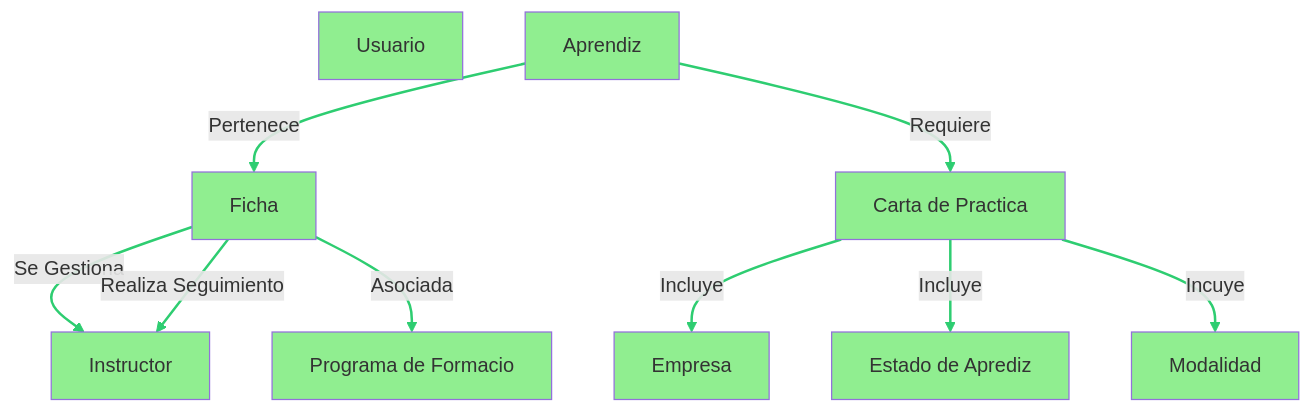
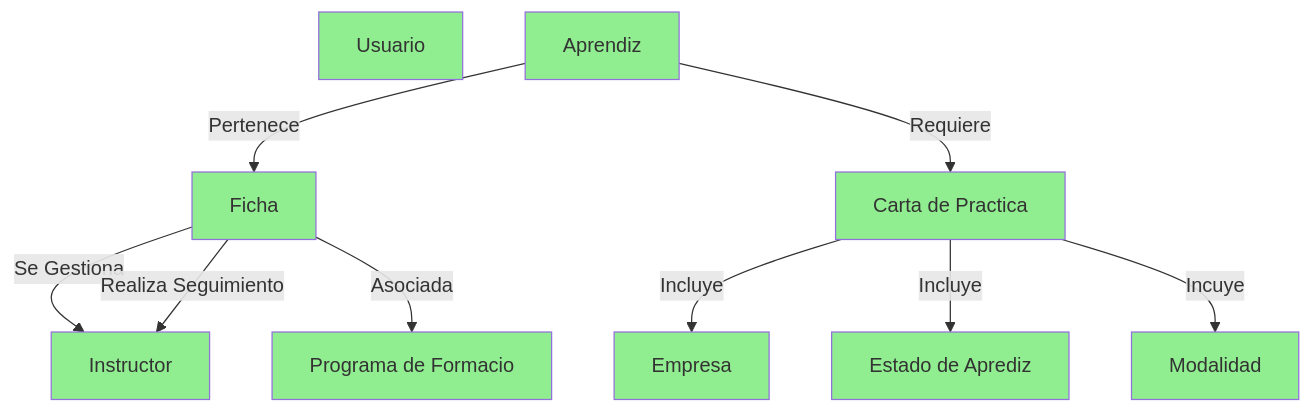
Before and after one commit to mateo12366/diagramas: the diagram in digramas.md, drawn with Mermaid.

Commit message:
componentes

````diff
--- a/digramas.md
+++ b/digramas.md
@@ -6,40 +6,31 @@
 ```mermaid
 graph TB
     Usuario["Usuario"] 
     Aprendiz["Aprendiz"]
     Ficha["Ficha"]
     Instructor["Instructor"]
     ProgramaFormacion["Programa de Formacio"]
     CartaPractica["Carta de Practica"]
     Empresa["Empresa"]
     EstadoAprediz["Estado de Aprediz"]
     Modalidad["Modalidad"]
 
     style Usuario fill:lightgreen
     style Aprendiz fill:lightgreen
     style Ficha fill:lightgreen
     style Instructor fill:lightgreen
     style ProgramaFormacion fill:lightgreen
     style CartaPractica fill:lightgreen
     style Empresa fill:lightgreen
     style EstadoAprediz fill:lightgreen
     style Modalidad fill:lightgreen
 
     Aprendiz --> |Pertenece| Ficha
     Ficha --> |Se Gestiona| Instructor
     Ficha --> |Realiza Seguimiento| Instructor
     Ficha --> |Asociada| ProgramaFormacion
     Aprendiz --> |Requiere| CartaPractica
     CartaPractica --> |Incluye| Empresa
     CartaPractica --> |Incluye| EstadoAprediz
     CartaPractica --> |Incuye| Modalidad
-
-    linkStyle 0 stroke:#2ecd71,stroke-width:2px;
-    linkStyle 1 stroke:#2ecd71,stroke-width:2px;
-    linkStyle 2 stroke:#2ecd71,stroke-width:2px;
-    linkStyle 3 stroke:#2ecd71,stroke-width:2px;
-    linkStyle 4 stroke:#2ecd71,stroke-width:2px;
-    linkStyle 5 stroke:#2ecd71,stroke-width:2px;
-    linkStyle 6 stroke:#2ecd71,stroke-width:2px;
-    linkStyle 7 stroke:#2ecd71,stroke-width:2px;
 ```
````
